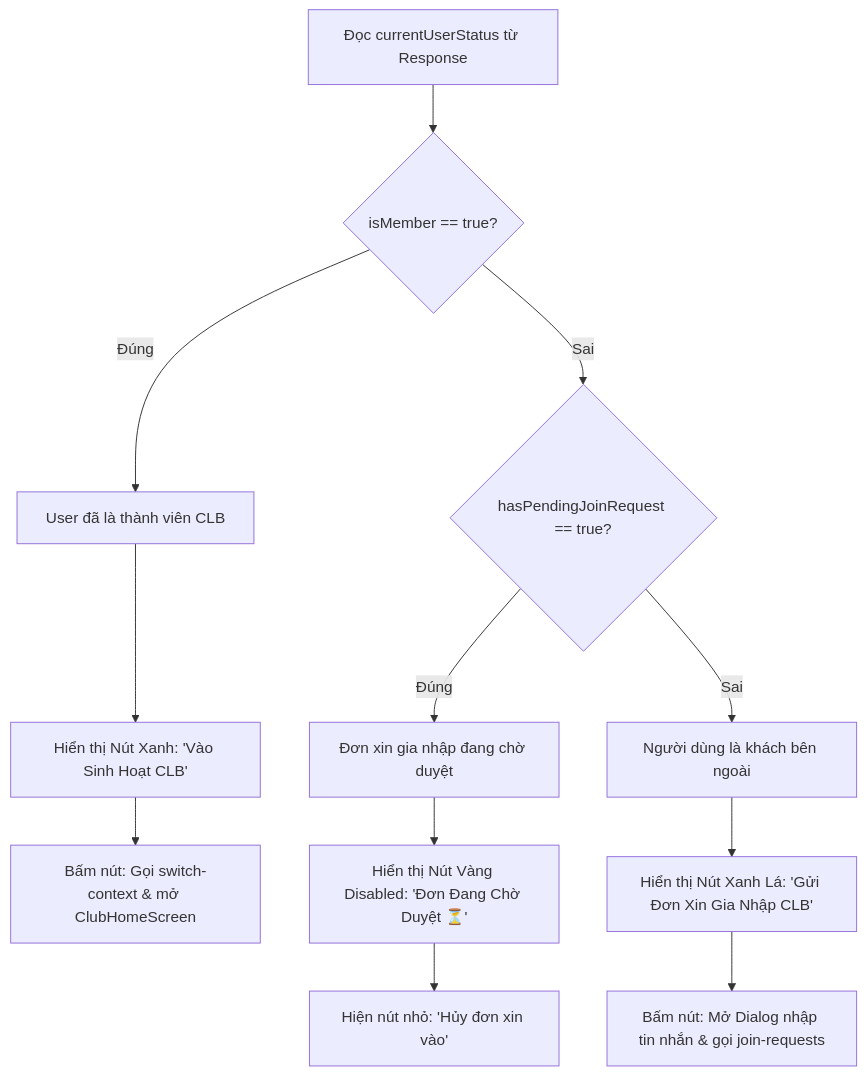
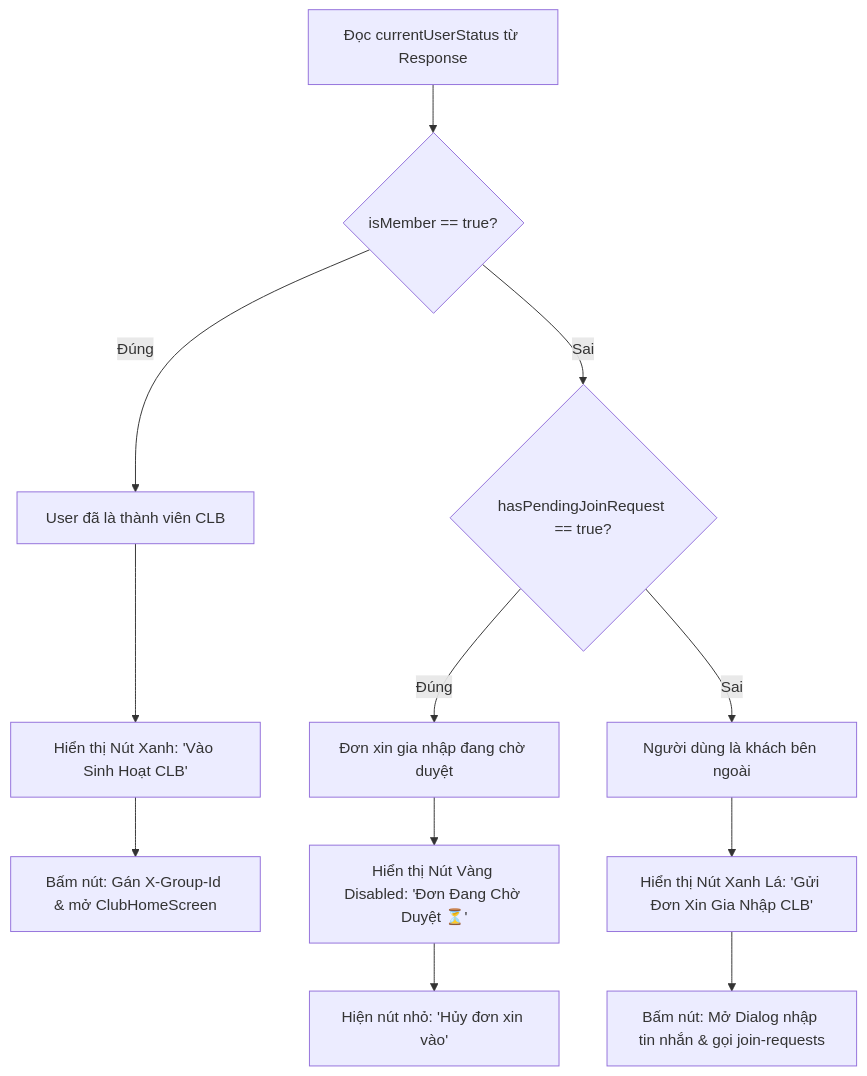
The fourth of 7 diagrams in docs/API_DOCUMENTATION.md (hoancong8/KLTN2026-2027), drawn with Mermaid before and after one commit. The commit also changed other lines of this file and 27 other files, not shown here.

````diff
--- a/docs/API_DOCUMENTATION.md
+++ b/docs/API_DOCUMENTATION.md
@@ -299,16 +301,16 @@
 ```mermaid
 graph TD
     A[Đọc currentUserStatus từ Response] --> B{isMember == true?}
     B -- Đúng --> C[User đã là thành viên CLB]
     C --> D[Hiển thị Nút Xanh: 'Vào Sinh Hoạt CLB']
-    D --> E[Bấm nút: Gọi switch-context & mở ClubHomeScreen]
+    D --> E[Bấm nút: Gán X-Group-Id & mở ClubHomeScreen]
     
     B -- Sai --> F{hasPendingJoinRequest == true?}
     F -- Đúng --> G[Đơn xin gia nhập đang chờ duyệt]
     G --> H[Hiển thị Nút Vàng Disabled: 'Đơn Đang Chờ Duyệt ⏳']
     H --> I[Hiện nút nhỏ: 'Hủy đơn xin vào']
     
     F -- Sai --> J[Người dùng là khách bên ngoài]
     J --> K[Hiển thị Nút Xanh Lá: 'Gửi Đơn Xin Gia Nhập CLB']
     K --> L[Bấm nút: Mở Dialog nhập tin nhắn & gọi join-requests]
 ```
````
